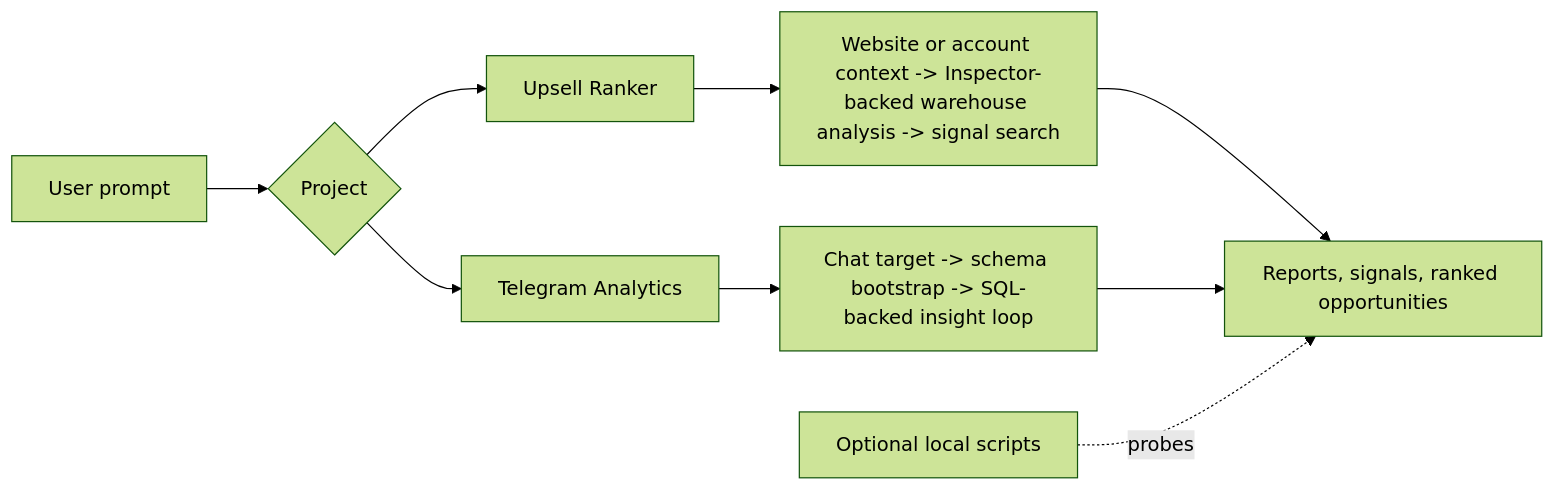
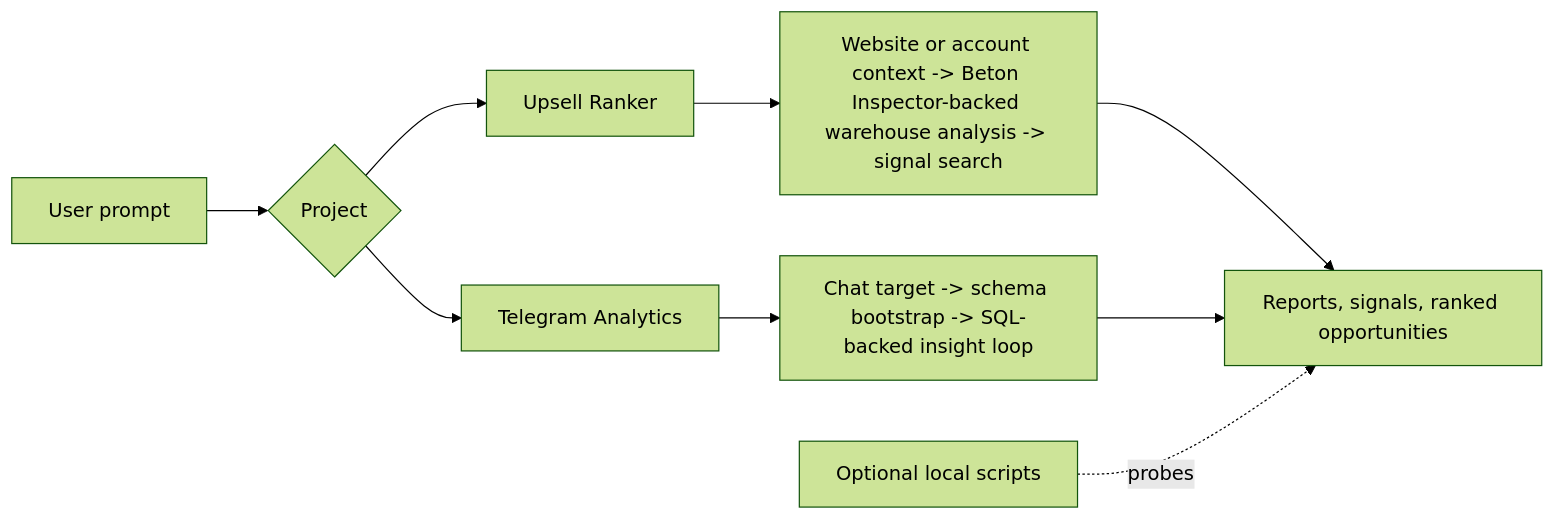
Before and after one commit to getbeton/inspector-ml-backend: the diagram in README.md, drawn with Mermaid (forest theme). The commit also changed other lines of this file, not shown here.

````diff
--- a/README.md
+++ b/README.md
@@ -5,11 +5,11 @@
 ```mermaid
 flowchart LR
     UserPrompt[User prompt] --> ProjectSelect{Project}
     ProjectSelect --> Upsell[Upsell Ranker]
     ProjectSelect --> Telegram[Telegram Analytics]
-    Upsell --> UpsellFlow[Website or account context -> Inspector-backed warehouse analysis -> signal search]
+    Upsell --> UpsellFlow[Website or account context -> Beton Inspector-backed warehouse analysis -> signal search]
     Telegram --> TelegramFlow[Chat target -> schema bootstrap -> SQL-backed insight loop]
     UpsellFlow --> Outputs[Reports, signals, ranked opportunities]
     TelegramFlow --> Outputs
     Scripts[Optional local scripts] -. probes .-> Outputs
 ```
````
